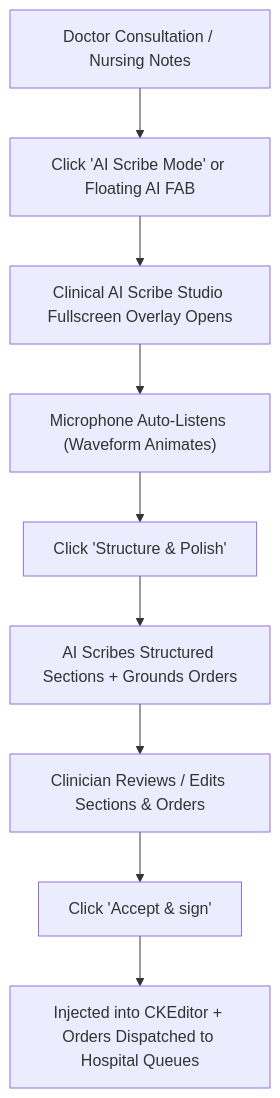
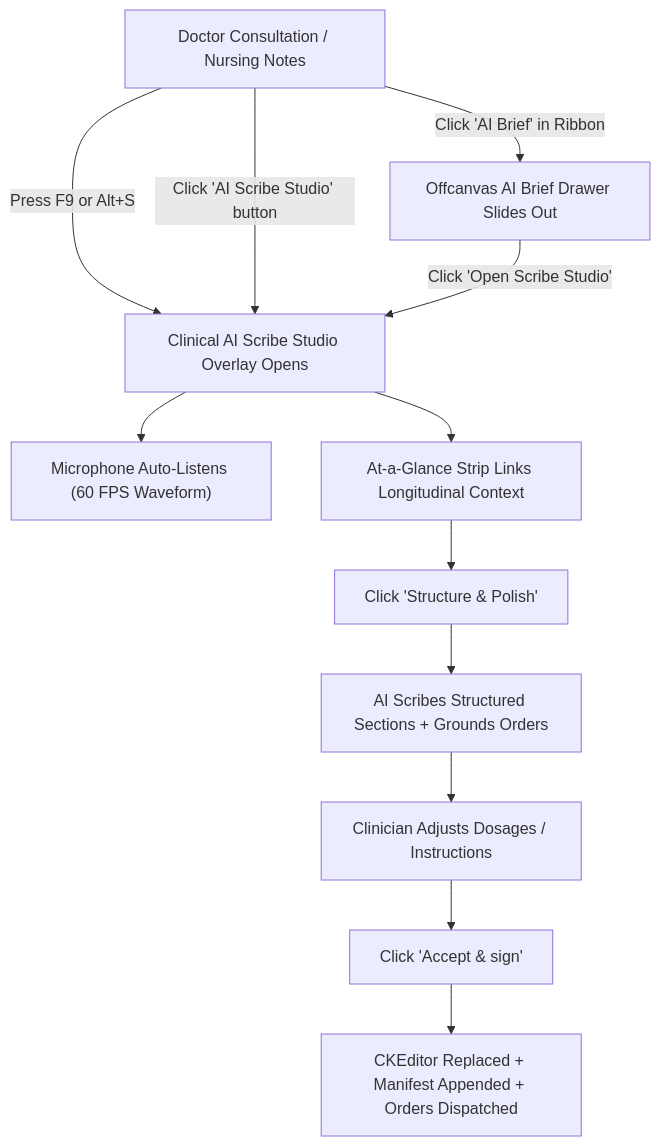
The diagram in docs/user-guides/workbenches/doctor/clinical-ai-scribe.md (Corestreamng/corehealth_v2), drawn with Mermaid before and after one commit. The commit also changed other lines of this file and 15 other files, not shown here.

Commit message:
feat(ai-scribe): add encounter date context, fix summary card scrolling, and refine draft structuring

````diff
--- a/docs/user-guides/workbenches/doctor/clinical-ai-scribe.md
+++ b/docs/user-guides/workbenches/doctor/clinical-ai-scribe.md
@@ -44,11 +59,14 @@
 ```mermaid
 flowchart TD
-    A["Doctor Consultation / Nursing Notes"] --> B["Click 'AI Scribe Mode' or Floating AI FAB"]
-    B --> C["Clinical AI Scribe Studio Fullscreen Overlay Opens"]
-    C --> D["Microphone Auto-Listens (Waveform Animates)"]
-    D --> E["Click 'Structure & Polish'"]
-    E --> F["AI Scribes Structured Sections + Grounds Orders"]
-    F --> G["Clinician Reviews / Edits Sections & Orders"]
-    G --> H["Click 'Accept & sign'"]
-    H --> I["Injected into CKEditor + Orders Dispatched to Hospital Queues"]
+    A["Doctor Consultation / Nursing Notes"] -->|Press F9 or Alt+S| C["Clinical AI Scribe Studio Overlay Opens"]
+    A -->|Click 'AI Scribe Studio' button| C
+    A -->|Click 'AI Brief' in Ribbon| B["Offcanvas AI Brief Drawer Slides Out"]
+    B -->|Click 'Open Scribe Studio'| C
+    C --> D["Microphone Auto-Listens (60 FPS Waveform)"]
+    C --> E["At-a-Glance Strip Links Longitudinal Context"]
+    E --> F["Click 'Structure & Polish'"]
+    F --> G["AI Scribes Structured Sections + Grounds Orders"]
+    G --> H["Clinician Adjusts Dosages / Instructions"]
+    H --> I["Click 'Accept & sign'"]
+    I --> J["CKEditor Replaced + Manifest Appended + Orders Dispatched"]
 ```
````
